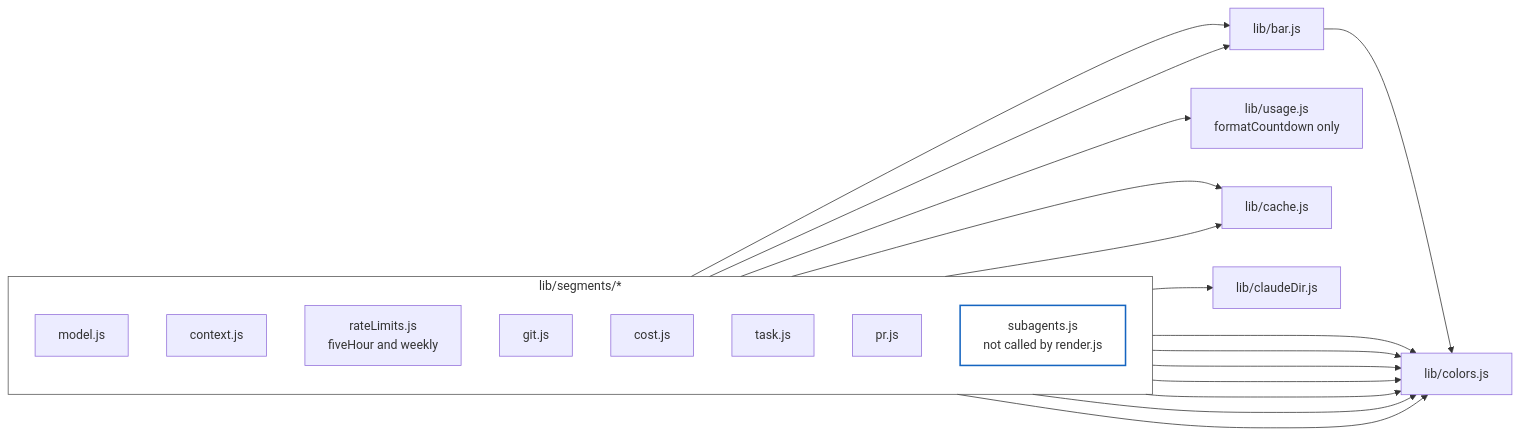
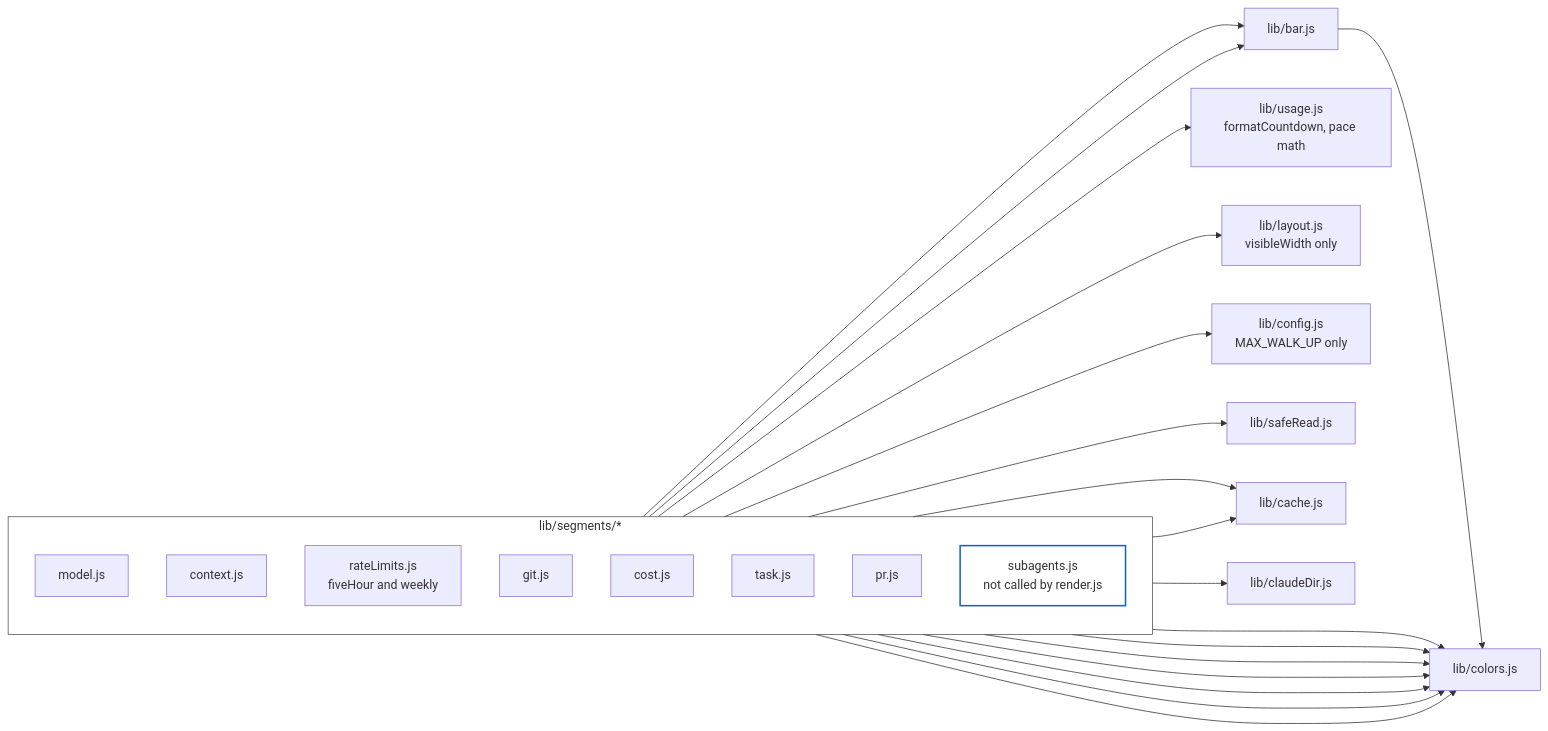
One commit to carterptull/ampline-claude changed the second of 2 diagrams in diagrams/c4-container.md. Above: the diagram before and after it, drawn with Mermaid. The commit also changed other lines of this file and 13 other files, not shown here.

````diff
--- a/diagrams/c4-container.md
+++ b/diagrams/c4-container.md
@@ -48,39 +51,45 @@
 ```mermaid
 flowchart LR
     subgraph segs["lib/segments/*"]
         direction TB
         model["model.js"]
         context["context.js"]
         rate["rateLimits.js<br/>fiveHour and weekly"]
         gitseg["git.js"]
         cost["cost.js"]
         task["task.js"]
         pr["pr.js"]
         sub["subagents.js<br/>not called by render.js"]
     end
 
     bar["lib/bar.js"]
-    usage["lib/usage.js<br/>formatCountdown only"]
+    usage["lib/usage.js<br/>formatCountdown, pace math"]
+    layout["lib/layout.js<br/>visibleWidth only"]
+    config["lib/config.js<br/>MAX_WALK_UP only"]
+    saferead["lib/safeRead.js"]
     cache["lib/cache.js"]
     claudedir["lib/claudeDir.js"]
     colors["lib/colors.js"]
 
     context --> bar
     rate --> bar
     rate --> usage
     bar --> colors
     gitseg --> cache
+    gitseg --> saferead
+    gitseg --> config
+    model --> layout
     task --> cache
     task --> claudedir
 
     model --> colors
     rate --> colors
     gitseg --> colors
     cost --> colors
     task --> colors
     pr --> colors
     sub --> colors
 
     style sub fill:transparent,stroke:#1565C0,stroke-width:2px
     style segs fill:transparent,stroke:#555,stroke-width:1px
 ```
````
